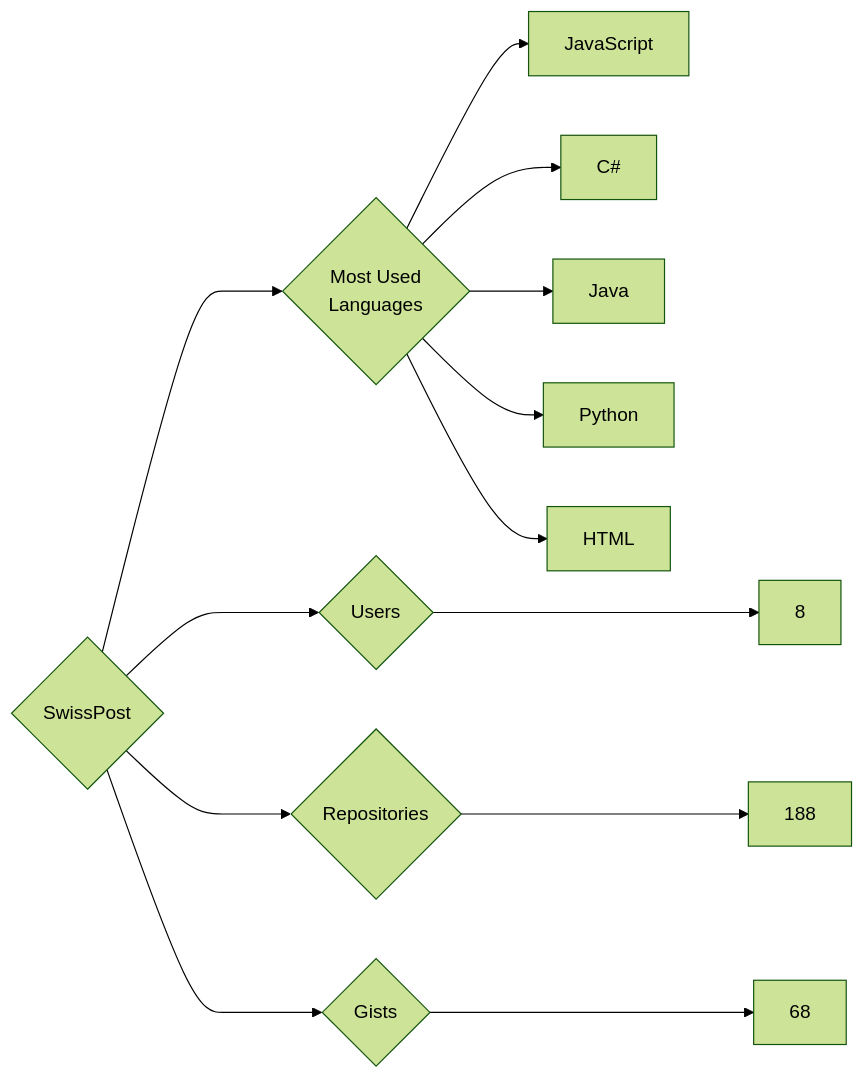
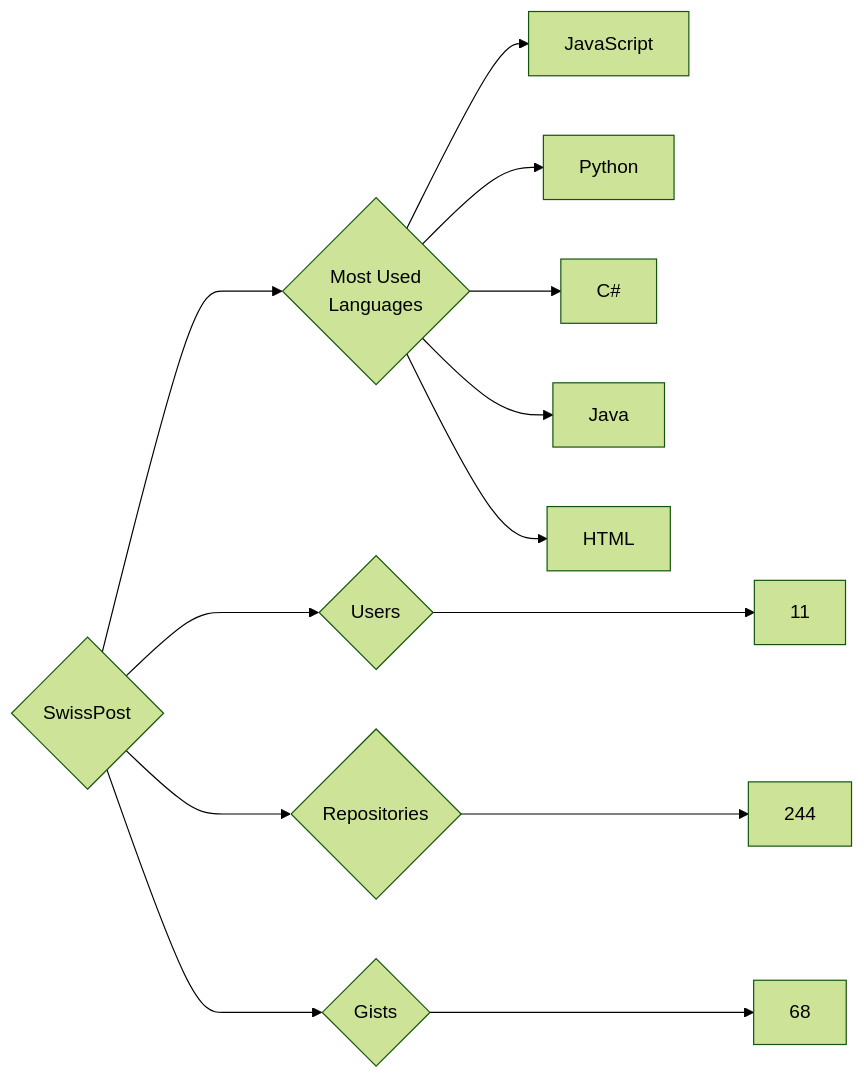
One commit to trickest/insiders changed the diagram in targets/SwissPost/README.md. Above: the diagram before and after it, drawn with Mermaid (forest theme). The commit also changed 833 other files, not shown here.

````diff
--- a/targets/SwissPost/README.md
+++ b/targets/SwissPost/README.md
@@ -3,13 +3,13 @@
 ```mermaid
 graph LR
 COMPANY_NAME{SwissPost}
-COMPANY_NAME ---> U{Users} ---> UN[8]
-COMPANY_NAME ---> R{Repositories} ---> RN[188]
+COMPANY_NAME ---> U{Users} ---> UN[11]
+COMPANY_NAME ---> R{Repositories} ---> RN[244]
 COMPANY_NAME ---> G{Gists} ---> GN[68]
 COMPANY_NAME ---> ML{Most Used<br>Languages}
 ML --> JavaScript[JavaScript]
+ML --> Python[Python]
 ML --> C#[C#]
 ML --> Java[Java]
-ML --> Python[Python]
 ML --> HTML[HTML]
 ```
````
